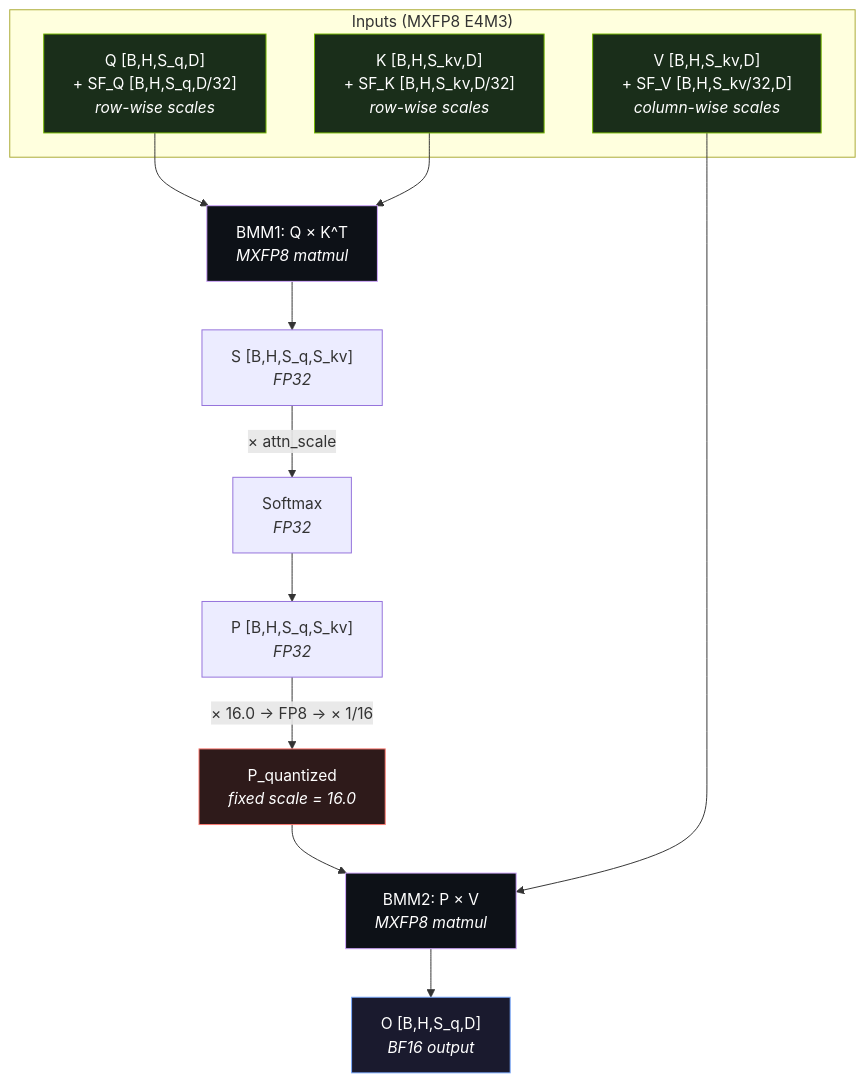
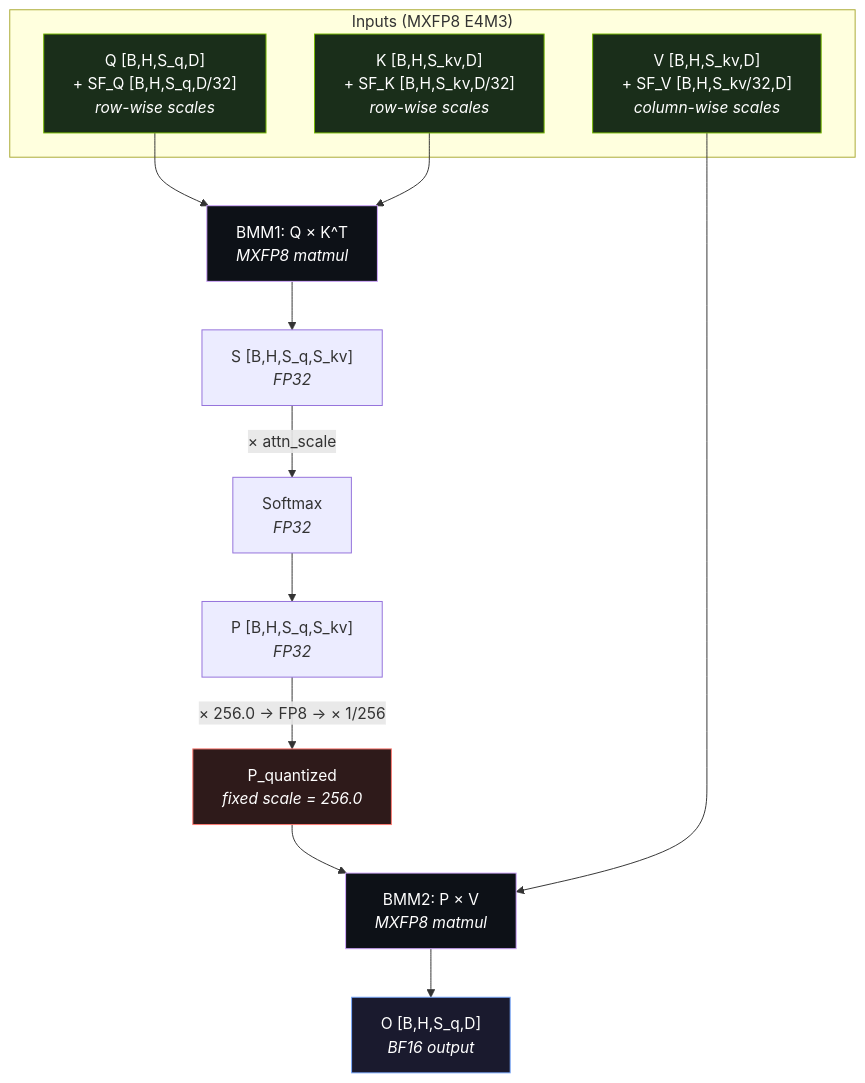
One commit to NVIDIA/cudnn-frontend changed the first of 2 diagrams in _posts/2026-04-20-mxfp8-attention-scaling.md. Above: the diagram before and after it, drawn with Mermaid. The commit also changed other lines of this file, not shown here.

Commit message:
Update P fixed scale from 16.0 to 256.0

````diff
--- a/_posts/2026-04-20-mxfp8-attention-scaling.md
+++ b/_posts/2026-04-20-mxfp8-attention-scaling.md
@@ -49,30 +49,30 @@
 ```mermaid
 graph TD
     subgraph "Inputs (MXFP8 E4M3)"
         Q["Q [B,H,S_q,D]<br/>+ SF_Q [B,H,S_q,D/32]<br/><i>row-wise scales</i>"]
         K["K [B,H,S_kv,D]<br/>+ SF_K [B,H,S_kv,D/32]<br/><i>row-wise scales</i>"]
         V["V [B,H,S_kv,D]<br/>+ SF_V [B,H,S_kv/32,D]<br/><i>column-wise scales</i>"]
     end
 
     Q --> BMM1["BMM1: Q × K^T<br/><i>MXFP8 matmul</i>"]
     K --> BMM1
 
     BMM1 --> S["S [B,H,S_q,S_kv]<br/><i>FP32</i>"]
     S --> |"× attn_scale"| SOFT["Softmax<br/><i>FP32</i>"]
     SOFT --> P["P [B,H,S_q,S_kv]<br/><i>FP32</i>"]
 
-    P --> |"× 16.0 → FP8 → × 1/16"| PQ["P_quantized<br/><i>fixed scale = 16.0</i>"]
+    P --> |"× 256.0 → FP8 → × 1/256"| PQ["P_quantized<br/><i>fixed scale = 256.0</i>"]
 
     PQ --> BMM2["BMM2: P × V<br/><i>MXFP8 matmul</i>"]
     V --> BMM2
 
     BMM2 --> O["O [B,H,S_q,D]<br/><i>BF16 output</i>"]
 
     style Q fill:#1a2e1a,stroke:#76b900,color:#fff
     style K fill:#1a2e1a,stroke:#76b900,color:#fff
     style V fill:#1a2e1a,stroke:#76b900,color:#fff
     style PQ fill:#2e1a1a,stroke:#ff7b72,color:#fff
     style O fill:#1a1a2e,stroke:#79aaff,color:#fff
     style BMM1 fill:#0d1117,stroke:#d2a8ff,color:#fff
     style BMM2 fill:#0d1117,stroke:#d2a8ff,color:#fff
 ```
````
